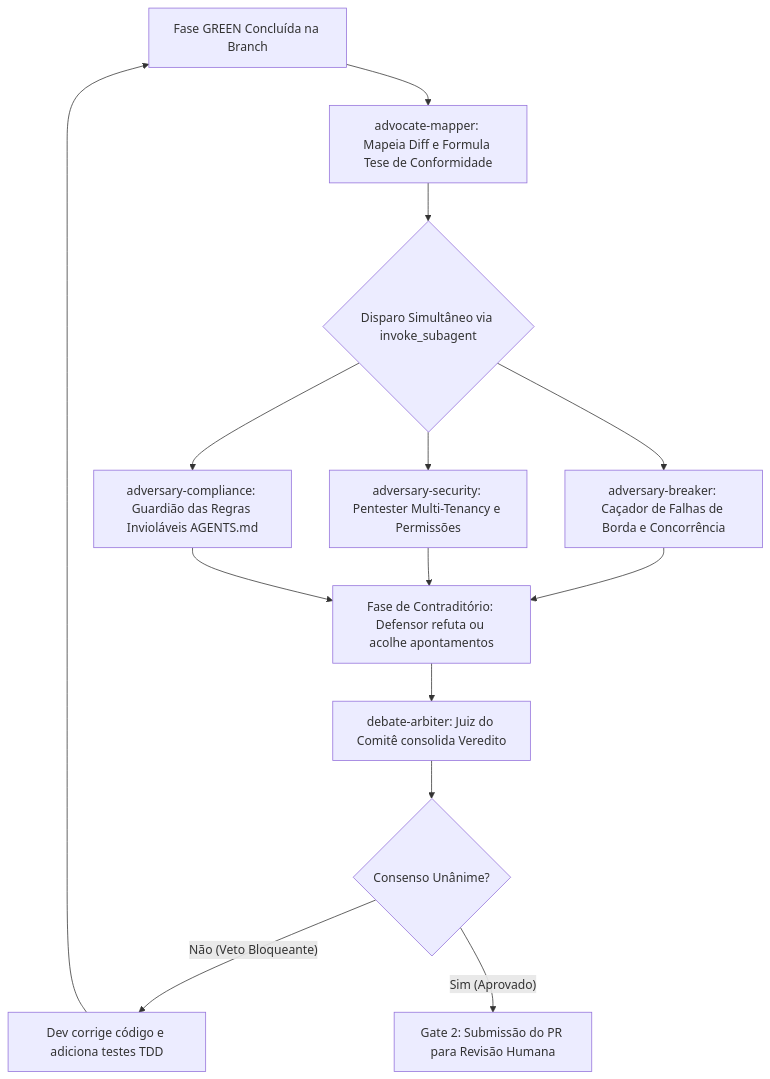
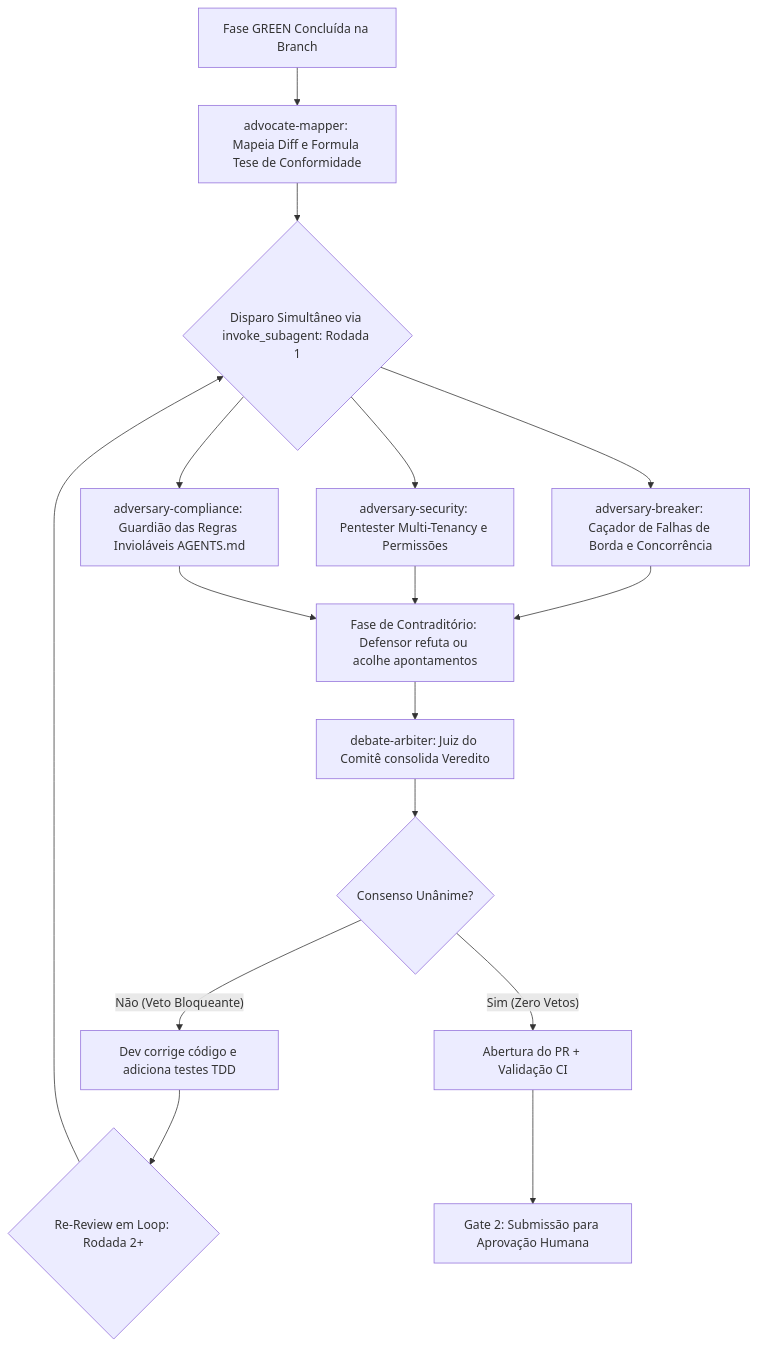
One commit to ValdVdC/Fabrica-de-Software-Gerenciador-de-salas changed the diagram in .agent/workflows/adversarial-debate.md. Above: the diagram before and after it, drawn with Mermaid. The commit also changed other lines of this file and 2 other files, not shown here.

First line of the commit message:
docs(governance): formalizar ciclo obrigatorio de re-review adversarial em loop e colapsar lockfiles no gitattributes (#41)

````diff
--- a/.agent/workflows/adversarial-debate.md
+++ b/.agent/workflows/adversarial-debate.md
@@ -21,21 +21,23 @@
 ```mermaid
 flowchart TD
     CodeReady[Fase GREEN Concluída na Branch] --> Advocate[advocate-mapper: Mapeia Diff e Formula Tese de Conformidade]
     
-    Advocate --> ParallelAttacks{Disparo Simultâneo via invoke_subagent}
+    Advocate --> ParallelAttacks{Disparo Simultâneo via invoke_subagent: Rodada 1}
     
     ParallelAttacks --> Breaker[adversary-breaker: Caçador de Falhas de Borda e Concorrência]
     ParallelAttacks --> Security[adversary-security: Pentester Multi-Tenancy e Permissões]
     ParallelAttacks --> Compliance[adversary-compliance: Guardião das Regras Invioláveis AGENTS.md]
     
     Breaker --> CrossExam[Fase de Contraditório: Defensor refuta ou acolhe apontamentos]
     Security --> CrossExam
     Compliance --> CrossExam
     
     CrossExam --> Arbiter[debate-arbiter: Juiz do Comitê consolida Veredito]
     
     Arbiter --> Decision{Consenso Unânime?}
     Decision -- Não (Veto Bloqueante) --> Remediation[Dev corrige código e adiciona testes TDD]
-    Remediation --> CodeReady
-    Decision -- Sim (Aprovado) --> Gate2[Gate 2: Submissão do PR para Revisão Humana]
+    Remediation --> ReReview{Re-Review em Loop: Rodada 2+}
+    ReReview --> ParallelAttacks
+    Decision -- Sim (Zero Vetos) --> PRReady[Abertura do PR + Validação CI]
+    PRReady --> Gate2[Gate 2: Submissão para Aprovação Humana]
 ```
````
